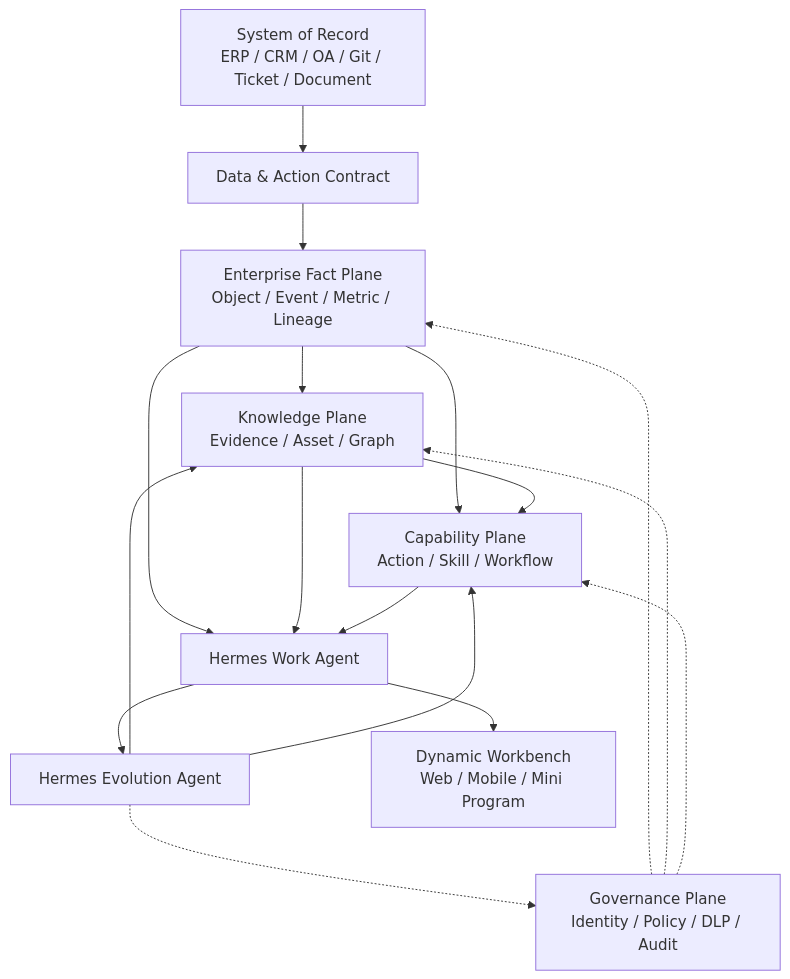
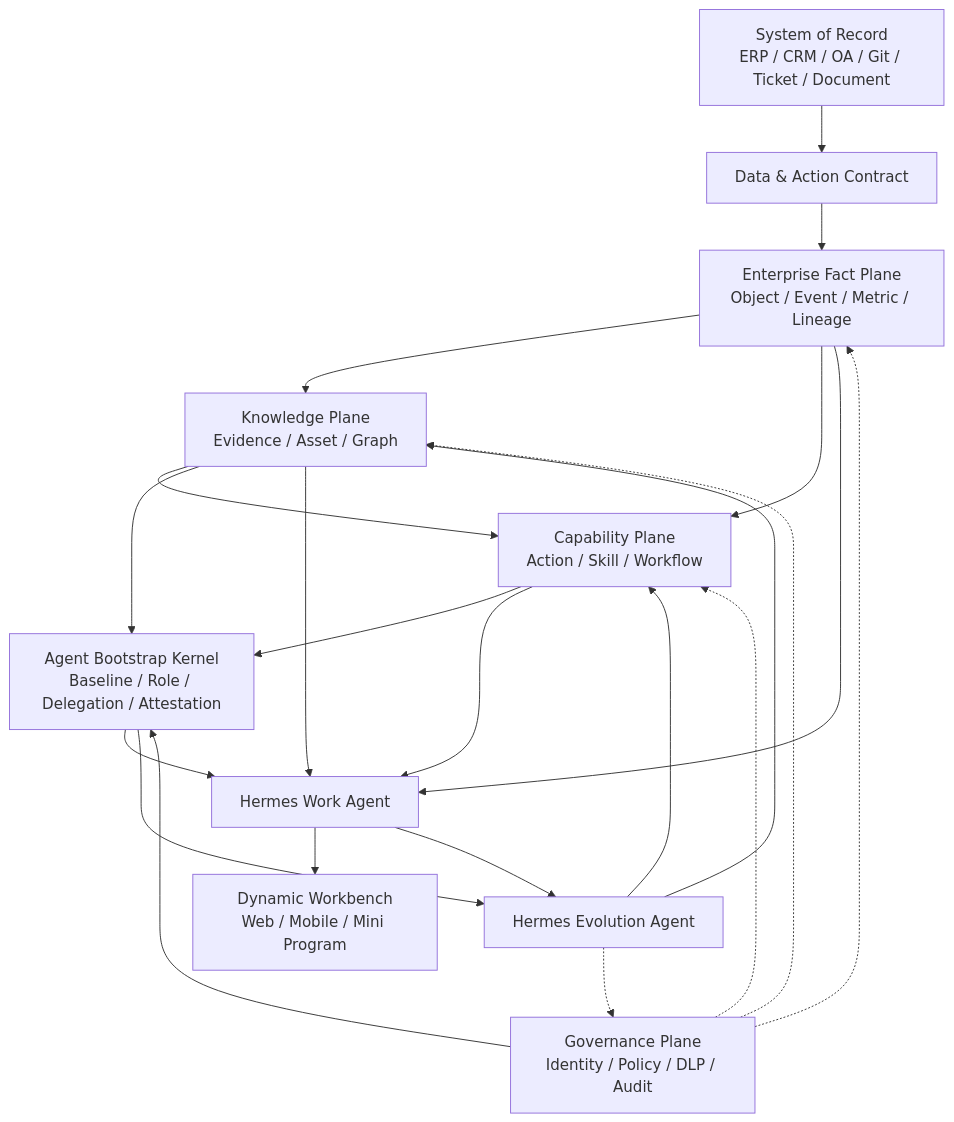
Before and after one commit to looooooooy/hermes: the diagram in docs/2026-07-28-hermes-agent-native-enterprise-operating-model-design.md, drawn with Mermaid. The commit also changed other lines of this file, not shown here.

Commit message:
docs: design employee agent bootstrap kernel

````diff
--- a/docs/2026-07-28-hermes-agent-native-enterprise-operating-model-design.md
+++ b/docs/2026-07-28-hermes-agent-native-enterprise-operating-model-design.md
@@ -397,29 +429,35 @@
 ```mermaid
 flowchart TB
     RECORD["System of Record<br/>ERP / CRM / OA / Git / Ticket / Document"]
     CONTRACT["Data & Action Contract"]
     FACT["Enterprise Fact Plane<br/>Object / Event / Metric / Lineage"]
     KNOWLEDGE["Knowledge Plane<br/>Evidence / Asset / Graph"]
     CAPABILITY["Capability Plane<br/>Action / Skill / Workflow"]
     GOVERNANCE["Governance Plane<br/>Identity / Policy / DLP / Audit"]
+    BOOTSTRAP["Agent Bootstrap Kernel<br/>Baseline / Role / Delegation / Attestation"]
     WORK["Hermes Work Agent"]
     EVOLUTION["Hermes Evolution Agent"]
     VIEW["Dynamic Workbench<br/>Web / Mobile / Mini Program"]
 
     RECORD --> CONTRACT
     CONTRACT --> FACT
     FACT --> KNOWLEDGE
     FACT --> CAPABILITY
     KNOWLEDGE --> CAPABILITY
     GOVERNANCE -.-> FACT
     GOVERNANCE -.-> KNOWLEDGE
     GOVERNANCE -.-> CAPABILITY
+    GOVERNANCE --> BOOTSTRAP
+    KNOWLEDGE --> BOOTSTRAP
+    CAPABILITY --> BOOTSTRAP
+    BOOTSTRAP --> WORK
+    BOOTSTRAP --> EVOLUTION
     FACT --> WORK
     KNOWLEDGE --> WORK
     CAPABILITY --> WORK
     WORK --> VIEW
     WORK --> EVOLUTION
     EVOLUTION --> KNOWLEDGE
     EVOLUTION --> CAPABILITY
     EVOLUTION -.-> GOVERNANCE
 ```
````
